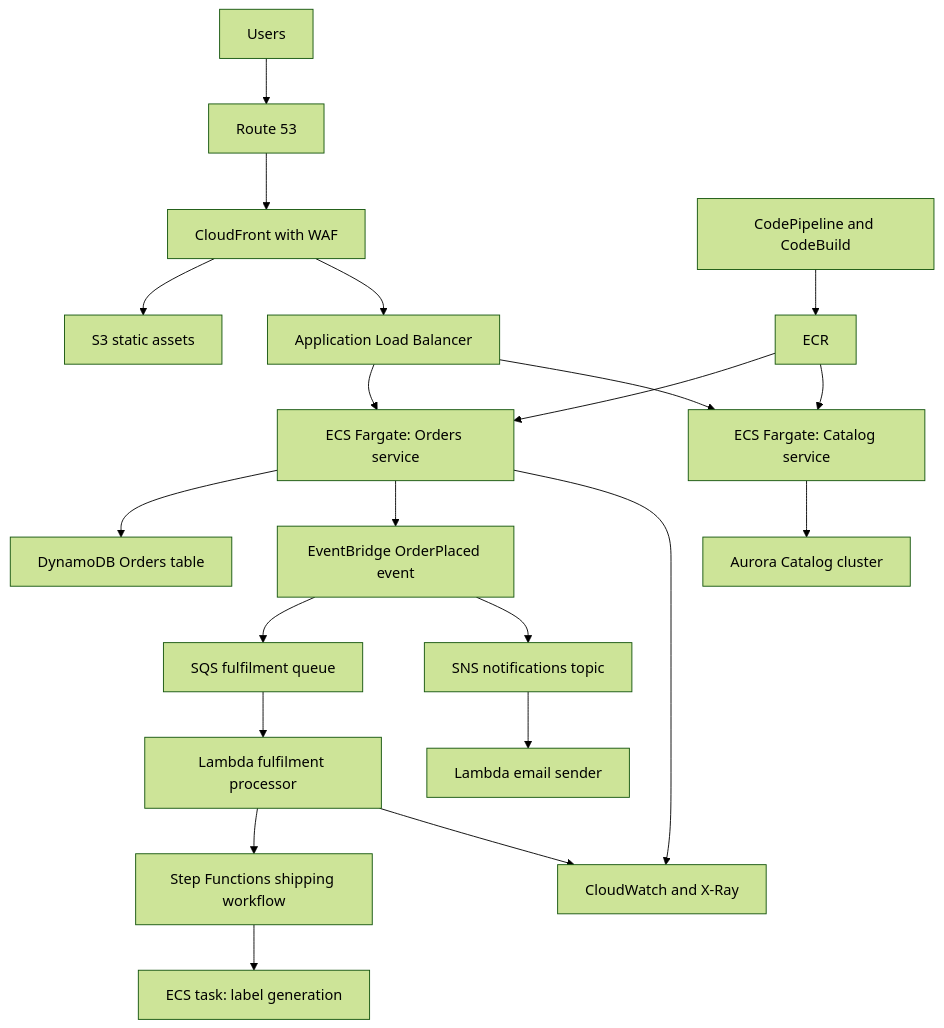
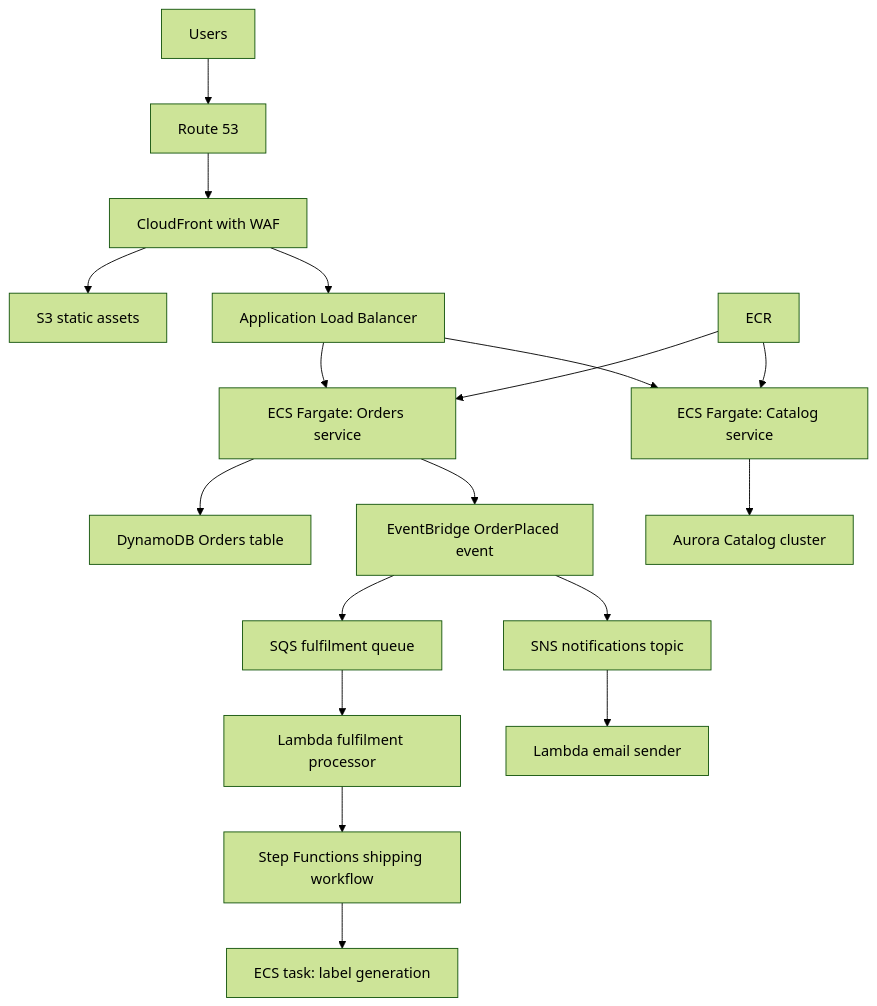
Before and after one commit to norbutlepcha25/dso303: the third of 3 diagrams in docs/unit1/topic3.md, drawn with Mermaid (forest theme). The commit also changed other lines of this file and 164 other files, not shown here.

````diff
--- a/docs/unit1/topic3.md
+++ b/docs/unit1/topic3.md
@@ -984,23 +490,20 @@
 ```mermaid
 flowchart TD
     U["Users"] --> R53["Route 53"]
     R53 --> CF["CloudFront with WAF"]
     CF --> S3S["S3 static assets"]
     CF --> ALB["Application Load Balancer"]
     ALB --> SVC1["ECS Fargate: Orders service"]
     ALB --> SVC2["ECS Fargate: Catalog service"]
     SVC1 --> DDB["DynamoDB Orders table"]
     SVC2 --> RDS["Aurora Catalog cluster"]
     SVC1 --> EB["EventBridge OrderPlaced event"]
     EB --> SQS["SQS fulfilment queue"]
     EB --> SNSN["SNS notifications topic"]
     SQS --> LFUL["Lambda fulfilment processor"]
     SNSN --> LEMAIL["Lambda email sender"]
     LFUL --> SFN["Step Functions shipping workflow"]
     SFN --> ECSJOB["ECS task: label generation"]
-    SVC1 --> CW["CloudWatch and X-Ray"]
-    LFUL --> CW
     ECR["ECR"] --> SVC1
     ECR --> SVC2
-    CP["CodePipeline and CodeBuild"] --> ECR
 ```
````
